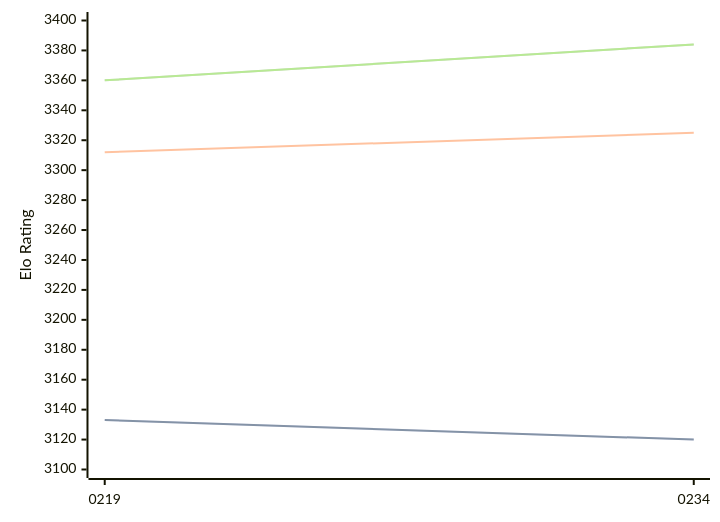
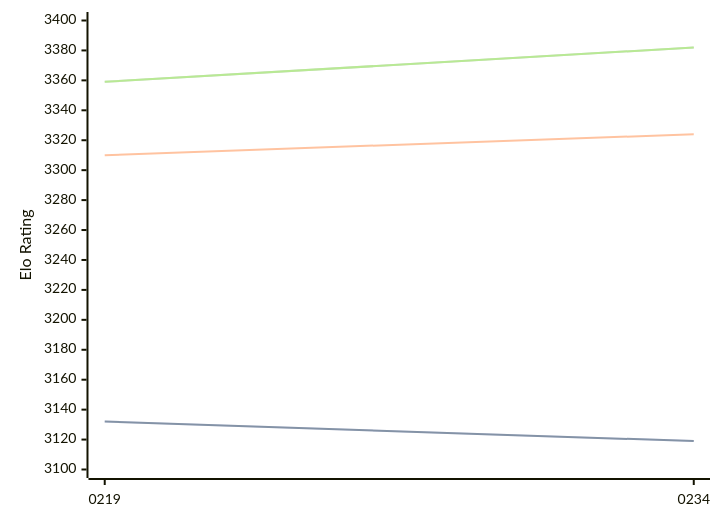
One commit to computer-chess-index/cci changed the third of 3 diagrams in engines/Ynode.md. Above: the diagram before and after it, drawn with Mermaid. The commit also changed other lines of this file, not shown here.

Commit message:
Update CCI Ratings (ELO VLTC) - 2026-07-15

````diff
--- a/engines/Ynode.md
+++ b/engines/Ynode.md
@@ -72,11 +72,11 @@
 ```mermaid
 %%{init: {"theme":"base","themeVariables":{"seriesColors:['#a3a3a3','#222221','#faa371']}}}%%
 xychart-beta
   x-axis ["0219", "0234"]
   y-axis "Elo Rating" 3100 --> 3400
-  line "STC (8.0+0.08s)" [3133, 3120]
-  line "STC (8.0+0.08s)" [3133, 3120]
-  line "LTC (60.0+0.60s)" [3312, 3325]
-  line "VLTC (2m24s+1.12s)" [3360, 3384]
-  line "VLTC (2m24s+1.12s)" [3360, 3384]
+  line "STC (8.0+0.08s)" [3132, 3119]
+  line "STC (8.0+0.08s)" [3132, 3119]
+  line "LTC (60.0+0.60s)" [3310, 3324]
+  line "VLTC (2m24s+1.12s)" [3359, 3382]
+  line "VLTC (2m24s+1.12s)" [3359, 3382]
 ```
````
